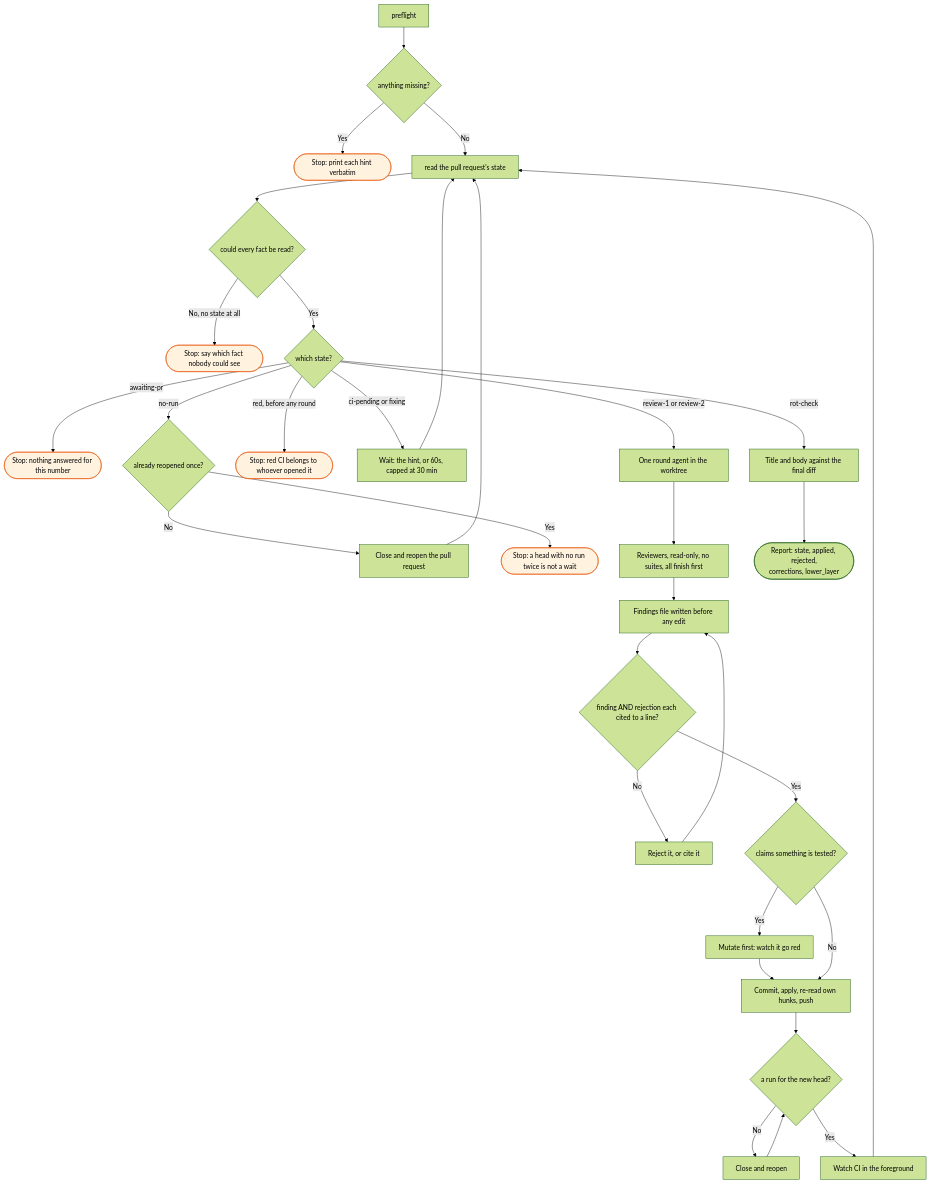
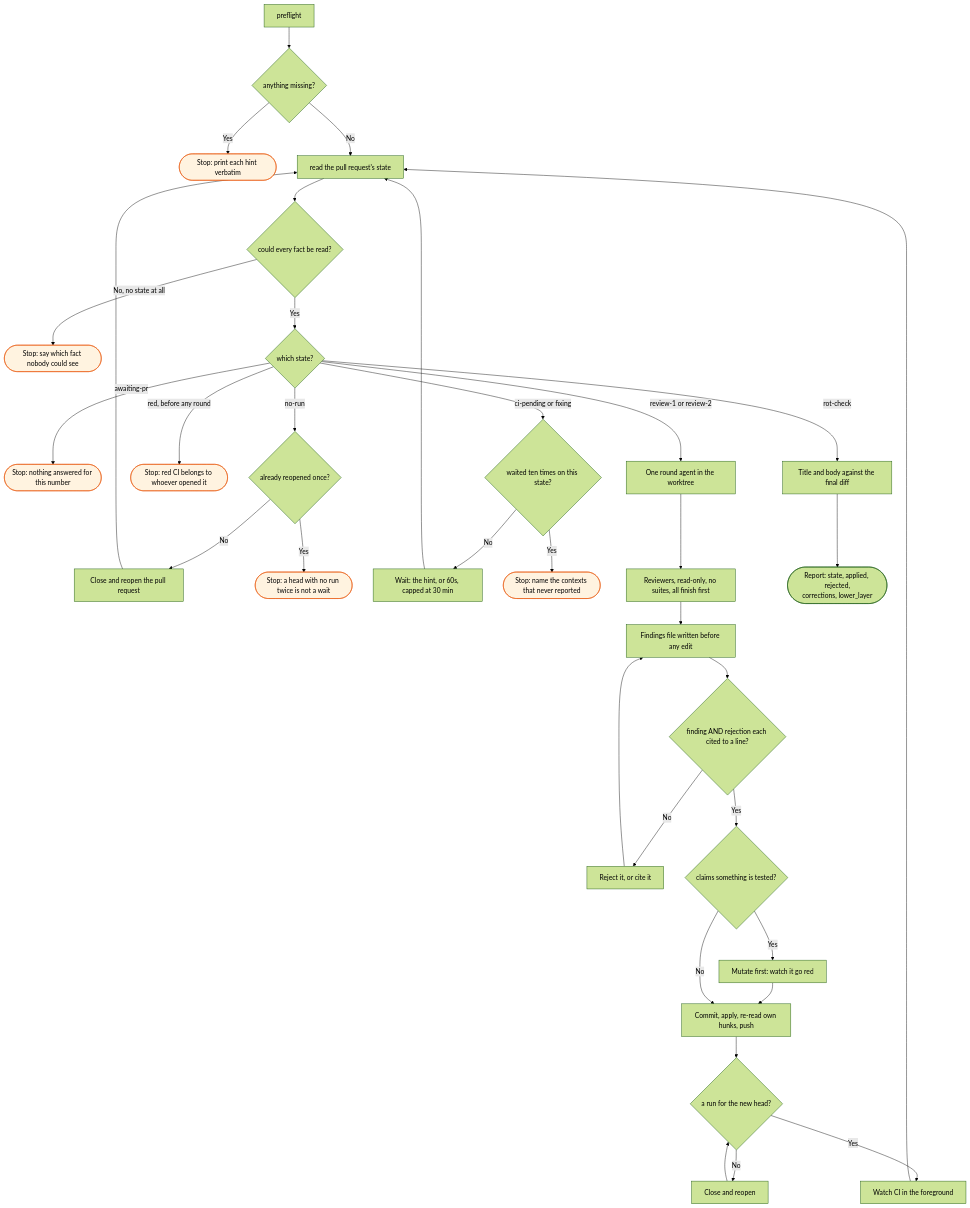
Before and after one commit to bje-settings/claude: the diagram in plugins/workstreams/skills/review/FLOW.md, drawn with Mermaid (forest theme). The commit also changed other lines of this file, not shown here.

Commit message:
docs(workstreams): the diagram draws the waiting ceiling as the stop it is
file-skill-md.md asks for every terminal outcome, and the ceiling added to the
ci-pending and fixing rows is one. Found by re-reading the neighbours of this
round's own hunk.

````diff
--- a/plugins/workstreams/skills/review/FLOW.md
+++ b/plugins/workstreams/skills/review/FLOW.md
@@ -5,34 +5,36 @@
 ```mermaid
 flowchart TD
     A[preflight] --> B{anything missing?}
     B -->|Yes| B1([Stop: print each hint verbatim]):::stop
     B -->|No| C[read the pull request's state]
 
     C --> D{could every fact be read?}
     D -->|No, no state at all| D1([Stop: say which fact nobody could see]):::stop
     D -->|Yes| E{which state?}
 
     E -->|awaiting-pr| E1([Stop: nothing answered for this number]):::stop
     E -->|no-run| F{already reopened once?}
     F -->|No| F1[Close and reopen the pull request] --> C
     F -->|Yes| F2([Stop: a head with no run twice is not a wait]):::stop
     E -->|red, before any round| G([Stop: red CI belongs to whoever opened it]):::stop
-    E -->|ci-pending or fixing| H[Wait: the hint, or 60s, capped at 30 min] --> C
+    E -->|ci-pending or fixing| H{waited ten times on this state?}
+    H -->|No| H1[Wait: the hint, or 60s, capped at 30 min] --> C
+    H -->|Yes| H2([Stop: name the contexts that never reported]):::stop
 
     E -->|review-1 or review-2| I[One round agent in the worktree]
     I --> J[Reviewers, read-only, no suites, all finish first]
     J --> K[Findings file written before any edit]
     K --> L{finding AND rejection each cited to a line?}
     L -->|No| L1[Reject it, or cite it] --> K
     L -->|Yes| M{claims something is tested?}
     M -->|Yes| M1[Mutate first: watch it go red] --> N
     M -->|No| N[Commit, apply, re-read own hunks, push]
     N --> O{a run for the new head?}
     O -->|No| O1[Close and reopen] --> O
     O -->|Yes| P[Watch CI in the foreground] --> C
 
     E -->|rot-check| Q[Title and body against the final diff]
     Q --> S([Report: state, applied, rejected,<br/>corrections, lower_layer])
 
     classDef stop fill:#fff3e0,stroke:#e65100,color:#000
 ```
````
